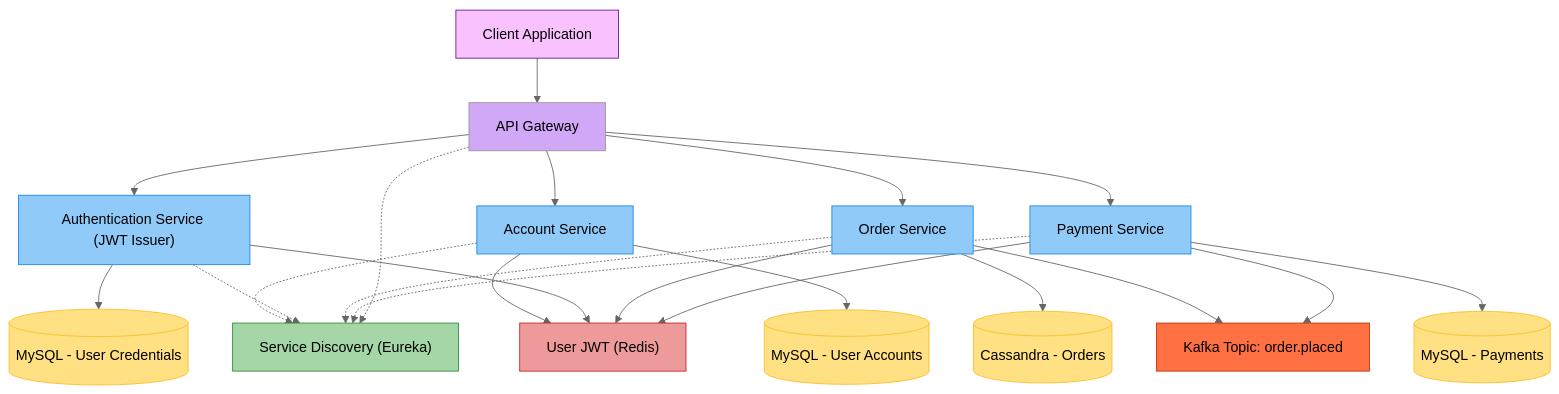
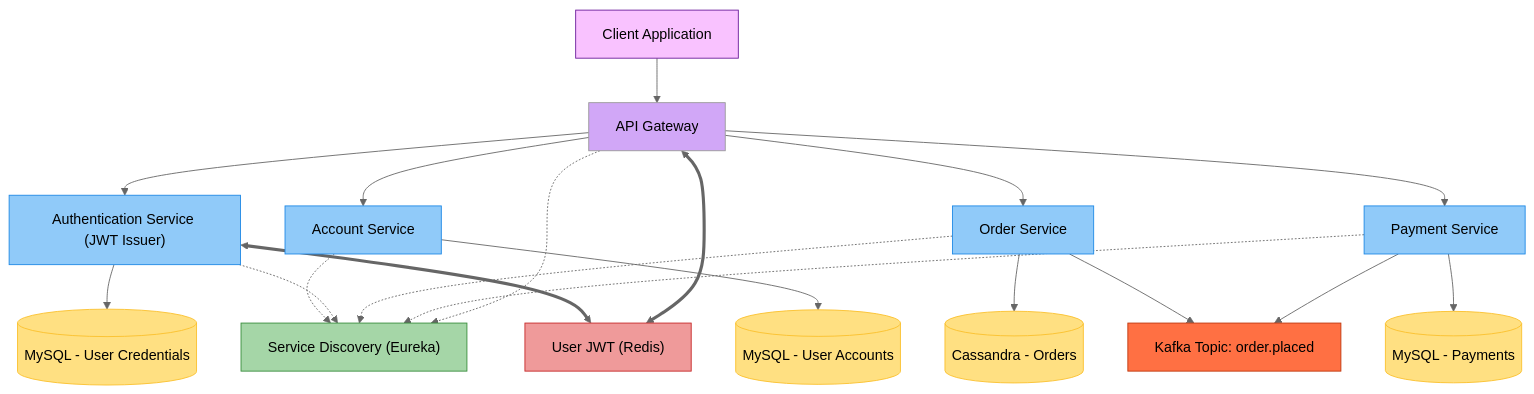
One commit to EricYoung37/sMall changed the diagram in README.md. Above: the diagram before and after it, drawn with Mermaid (neutral theme). The commit also changed 18 other files, not shown here.

````diff
--- a/README.md
+++ b/README.md
@@ -6,46 +6,44 @@
 ```mermaid
 graph TD
     ClientApp[Client Application] --> APIGateway[API Gateway]
 
     APIGateway --> AuthService["Authentication Service (JWT Issuer)"]
     APIGateway --> AccountService[Account Service]
     APIGateway --> OrderService[Order Service]
     APIGateway --> PaymentService[Payment Service]
     
     AccountService --> MySQL_Accounts[(MySQL - User Accounts)]
     AuthService --> MySQL_Credentials[(MySQL - User Credentials)]
     OrderService --> CassandraOrders[(Cassandra - Orders)]
     PaymentService --> MySQL_Payments[(MySQL - Payments)]
     
     AccountService .-> Eureka["Service Discovery (Eureka)"]
     AuthService .-> Eureka
     OrderService .-> Eureka
     PaymentService .-> Eureka
     APIGateway .-> Eureka
 
-    AccountService --> Redis["User JWT (Redis)"]
-    AuthService --> Redis
-    OrderService --> Redis
-    PaymentService --> Redis
+    AuthService <==> Redis["User JWT (Redis)"]
+    APIGateway <==> Redis
     
     OrderService --> Kafka[Kafka Topic: order.placed]
     PaymentService --> Kafka
     
     %% Define styles for different categories
     classDef clientApp fill:#f9c2ff,stroke:#6a1b9a;
     classDef apiGateway fill:#d1a7f7;
     classDef services fill:#90caf9,stroke:#1e88e5;
     classDef serviceDiscovery fill:#a5d6a7,stroke:#388e3c;
     classDef kafka fill:#ff7043,stroke:#bf360c;
     classDef redis fill:#ef9a9a,stroke:#c62828;
     classDef databases fill:#ffe082,stroke:#fbc02d;
     
     %% Apply styles
     class ClientApp clientApp;
     class APIGateway apiGateway;
     class AuthService,AccountService,OrderService,PaymentService services;
     class Eureka serviceDiscovery;
     class Kafka kafka;
     class Redis redis;
     class MySQL_Accounts,MySQL_Credentials,CassandraOrders,MySQL_Payments databases;
 ```
````
